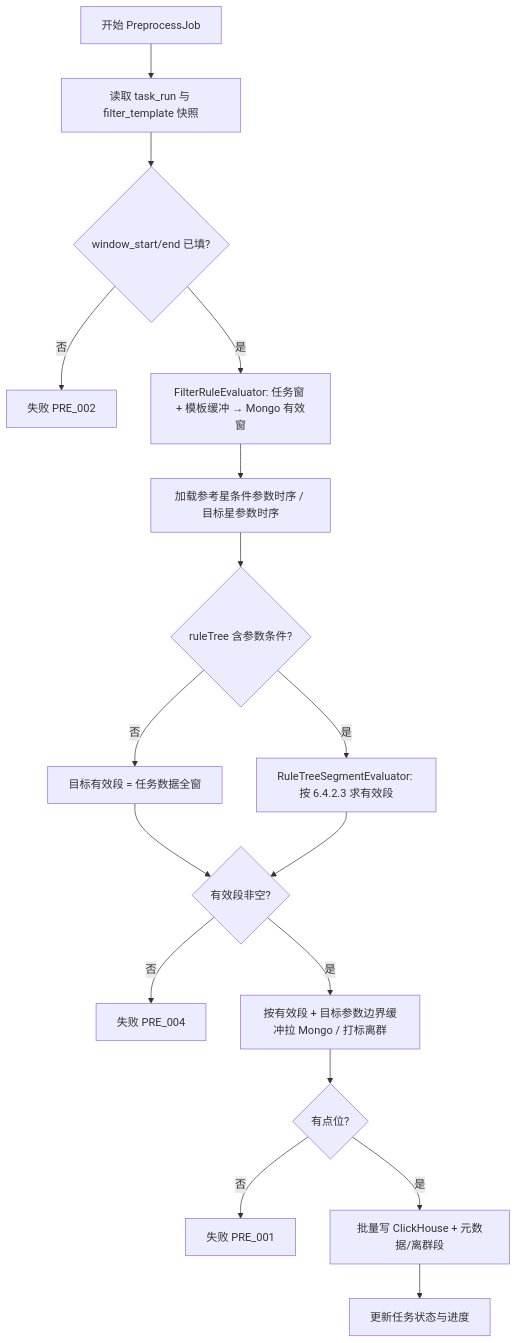
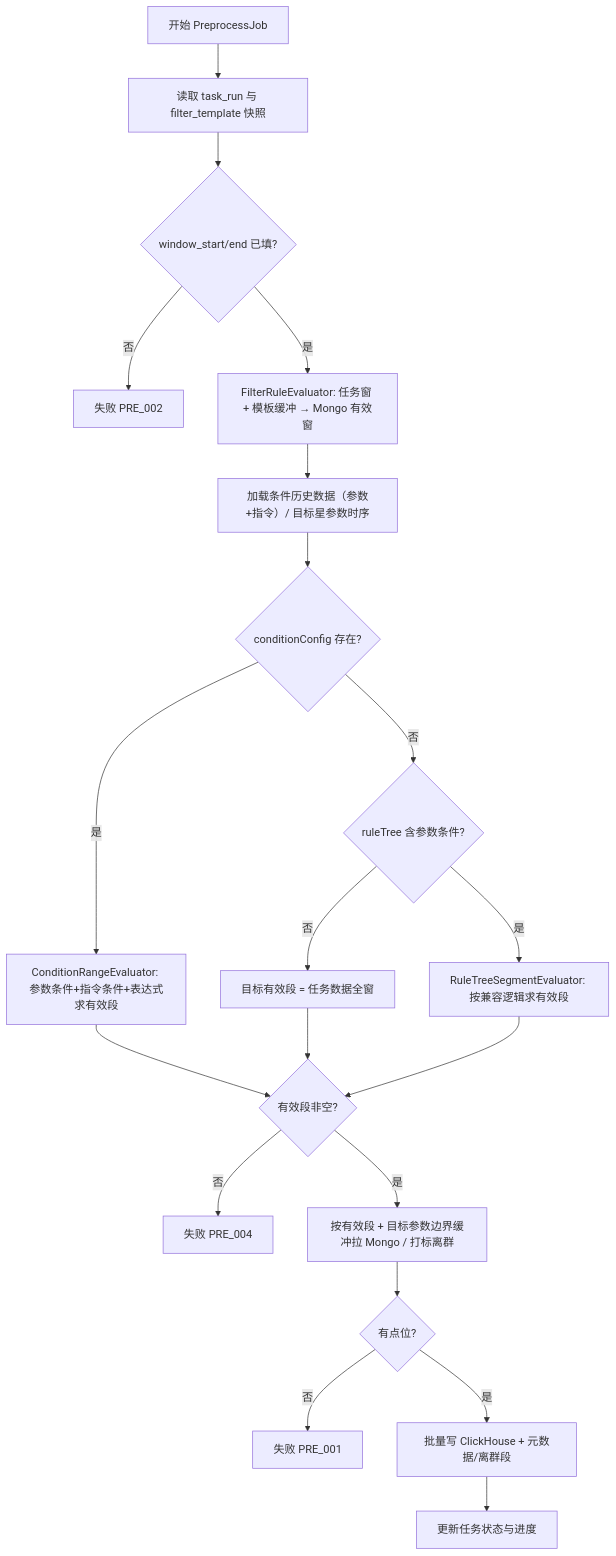
Diagram 11 of 17 in design/详细设计文档_卫星测试数据预处理与数据分析平台_V2.0.md (supertsingbo-art/SatelliteDataAnalytics), drawn with Mermaid before and after one commit. The commit also changed other lines of this file and 18 other files, not shown here.

````diff
--- a/design/详细设计文档_卫星测试数据预处理与数据分析平台_V2.0.md
+++ b/design/详细设计文档_卫星测试数据预处理与数据分析平台_V2.0.md
@@ -1776,19 +1790,22 @@
 ```mermaid
 flowchart TD
     A[开始 PreprocessJob] --> B[读取 task_run 与 filter_template 快照]
     B --> C{window_start/end 已填?}
     C -- 否 --> C1[失败 PRE_002]
     C -- 是 --> D[FilterRuleEvaluator: 任务窗 + 模板缓冲 → Mongo 有效窗]
-    D --> E[加载参考星条件参数时序 / 目标星参数时序]
-    E --> F{ruleTree 含参数条件?}
-    F -- 否 --> F1[目标有效段 = 任务数据全窗]
-    F -- 是 --> F2[RuleTreeSegmentEvaluator: 按 6.4.2.3 求有效段]
+    D --> E[加载条件历史数据（参数+指令）/ 目标星参数时序]
+    E --> F{conditionConfig 存在?}
+    F -- 是 --> F2[ConditionRangeEvaluator: 参数条件+指令条件+表达式求有效段]
+    F -- 否 --> F3{ruleTree 含参数条件?}
+    F3 -- 否 --> F1[目标有效段 = 任务数据全窗]
+    F3 -- 是 --> F4[RuleTreeSegmentEvaluator: 按兼容逻辑求有效段]
     F1 --> G
     F2 --> G{有效段非空?}
+    F4 --> G
     G -- 否 --> H[失败 PRE_004]
     G -- 是 --> I[按有效段 + 目标参数边界缓冲拉 Mongo / 打标离群]
     I --> J{有点位?}
     J -- 否 --> K[失败 PRE_001]
     J -- 是 --> L[批量写 ClickHouse + 元数据/离群段]
     L --> M[更新任务状态与进度]
 ```
````
